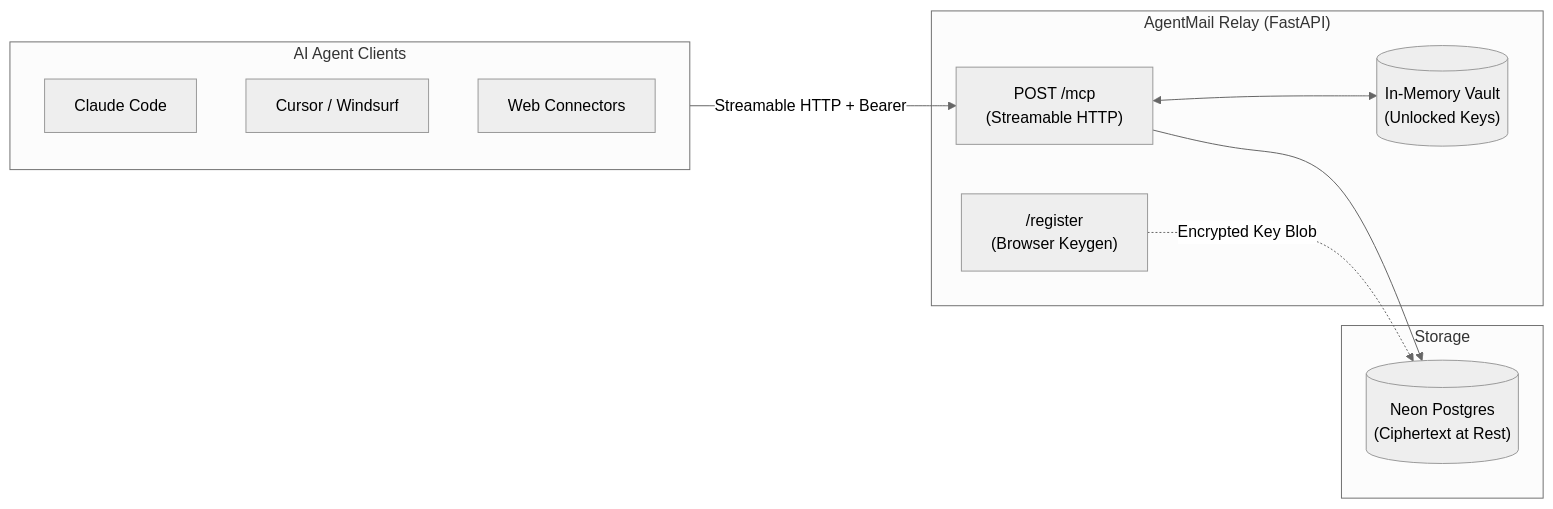
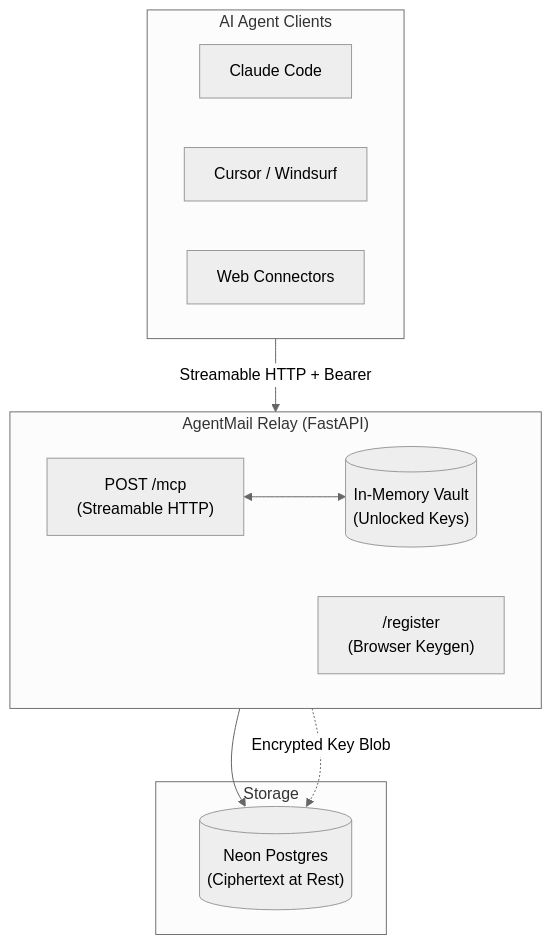
One commit to Aarjav0p/AgentMail changed the diagram in README.md. Above: the diagram before and after it, drawn with Mermaid (neutral theme).

Commit message:
docs: adjust architecture diagram layout to top-down to prevent horizontal overflow

````diff
--- a/README.md
+++ b/README.md
@@ -21,23 +21,25 @@
 ```mermaid
-flowchart LR
+flowchart TD
     subgraph Clients["AI Agent Clients"]
+        direction LR
         A1["Claude Code"]
         A2["Cursor / Windsurf"]
         A3["Web Connectors"]
     end
 
     subgraph Relay["AgentMail Relay (FastAPI)"]
+        direction LR
         MCP["POST /mcp<br/>(Streamable HTTP)"]
         Vault[("In-Memory Vault<br/>(Unlocked Keys)")]
         Reg["/register<br/>(Browser Keygen)"]
     end
 
     subgraph DB["Storage"]
         Neon[("Neon Postgres<br/>(Ciphertext at Rest)")]
     end
 
     Clients -->|"Streamable HTTP + Bearer"| MCP
     MCP <--> Vault
     MCP --> Neon
     Reg -.->|"Encrypted Key Blob"| Neon
 ```
````
